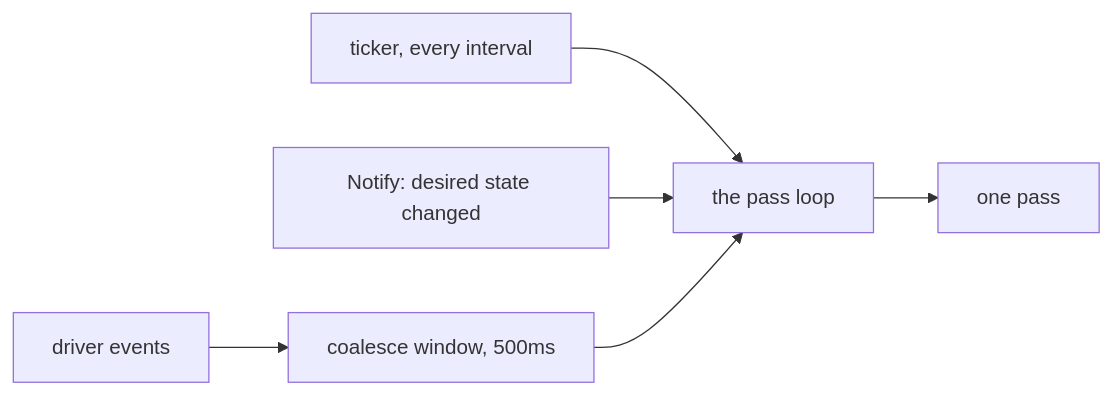
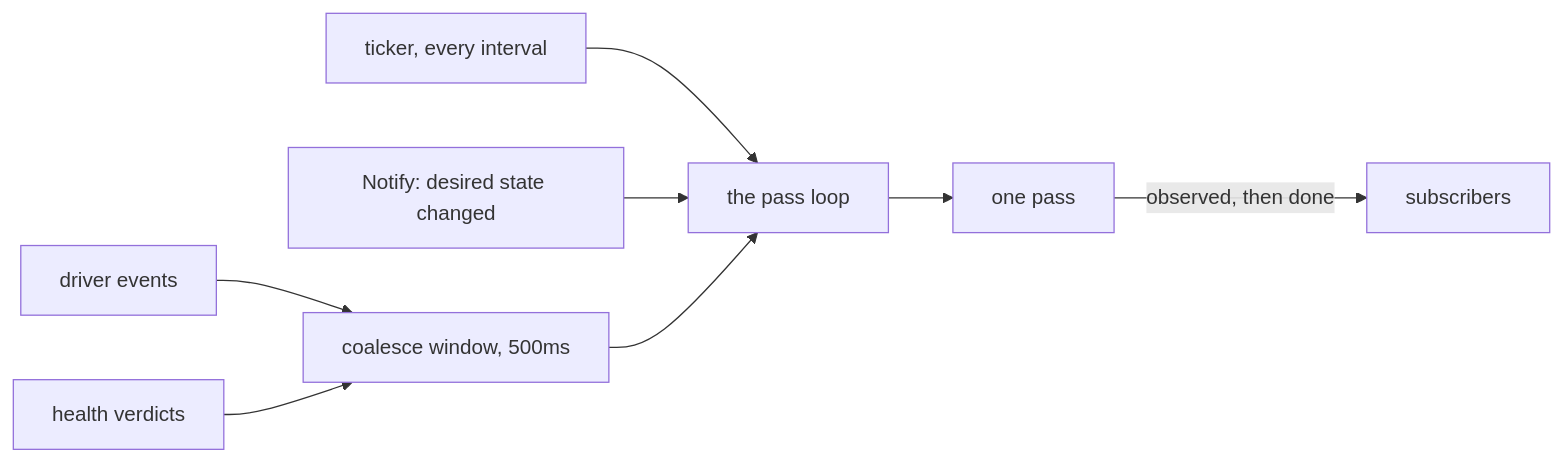
Before and after one commit to dsb-labs/takt: the first of 5 diagrams in docs/reconciliation.md, drawn with Mermaid. The commit also changed other lines of this file and 3 other files, not shown here.

````diff
--- a/docs/reconciliation.md
+++ b/docs/reconciliation.md
@@ -16,8 +16,10 @@
 ```mermaid
 flowchart LR
     ticker["ticker, every interval"] --> loop
     notify["Notify: desired state changed"] --> loop
     events["driver events"] --> window["coalesce window, 500ms"]
+    verdicts["health verdicts"] --> window
     window --> loop["the pass loop"]
     loop --> pass["one pass"]
+    pass -- "observed, then done" --> subscribers["subscribers"]
 ```
````
